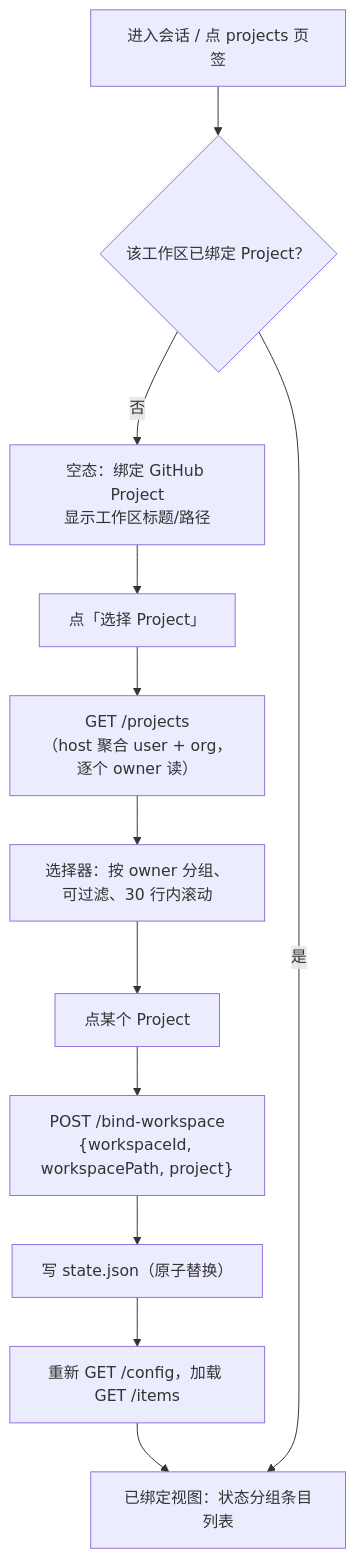
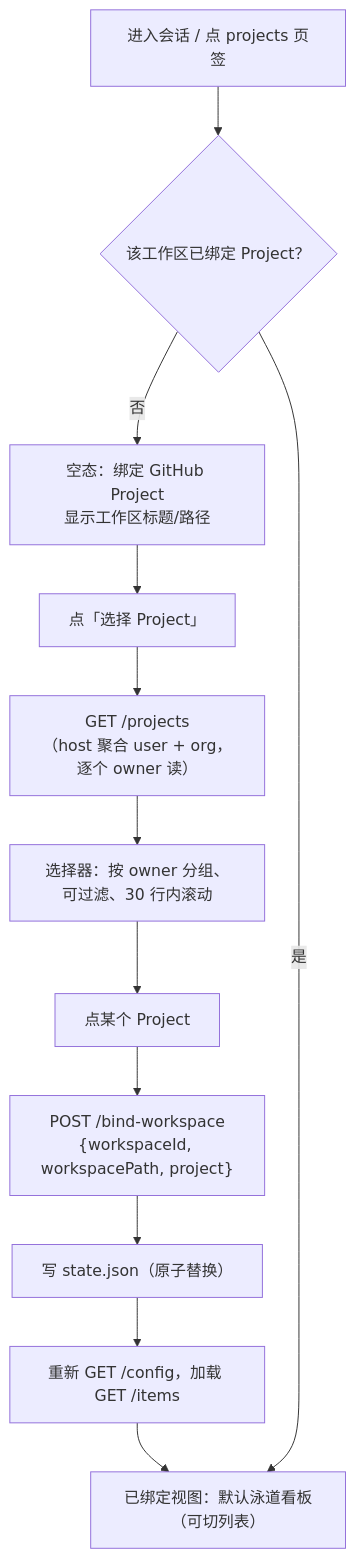
One commit to ceasarXuu/dsh-github-projects changed the second of 6 diagrams in docs/DESIGN.zh.md. Above: the diagram before and after it, drawn with Mermaid. The commit also changed other lines of this file and 20 other files, not shown here.

````diff
--- a/docs/DESIGN.zh.md
+++ b/docs/DESIGN.zh.md
@@ -169,14 +194,14 @@
 ```mermaid
 flowchart TD
     A["进入会话 / 点 projects 页签"] --> B{"该工作区已绑定 Project？"}
     B -- "否" --> C["空态：绑定 GitHub Project<br/>显示工作区标题/路径"]
     C --> D["点「选择 Project」"]
     D --> E["GET /projects<br/>（host 聚合 user + org，逐个 owner 读）"]
     E --> F["选择器：按 owner 分组、可过滤、30 行内滚动"]
     F --> G["点某个 Project"]
     G --> H["POST /bind-workspace<br/>{workspaceId, workspacePath, project}"]
     H --> I["写 state.json（原子替换）"]
     I --> J["重新 GET /config，加载 GET /items"]
-    J --> K["已绑定视图：状态分组条目列表"]
+    J --> K["已绑定视图：默认泳道看板（可切列表）"]
     B -- "是" --> K
 ```
````
